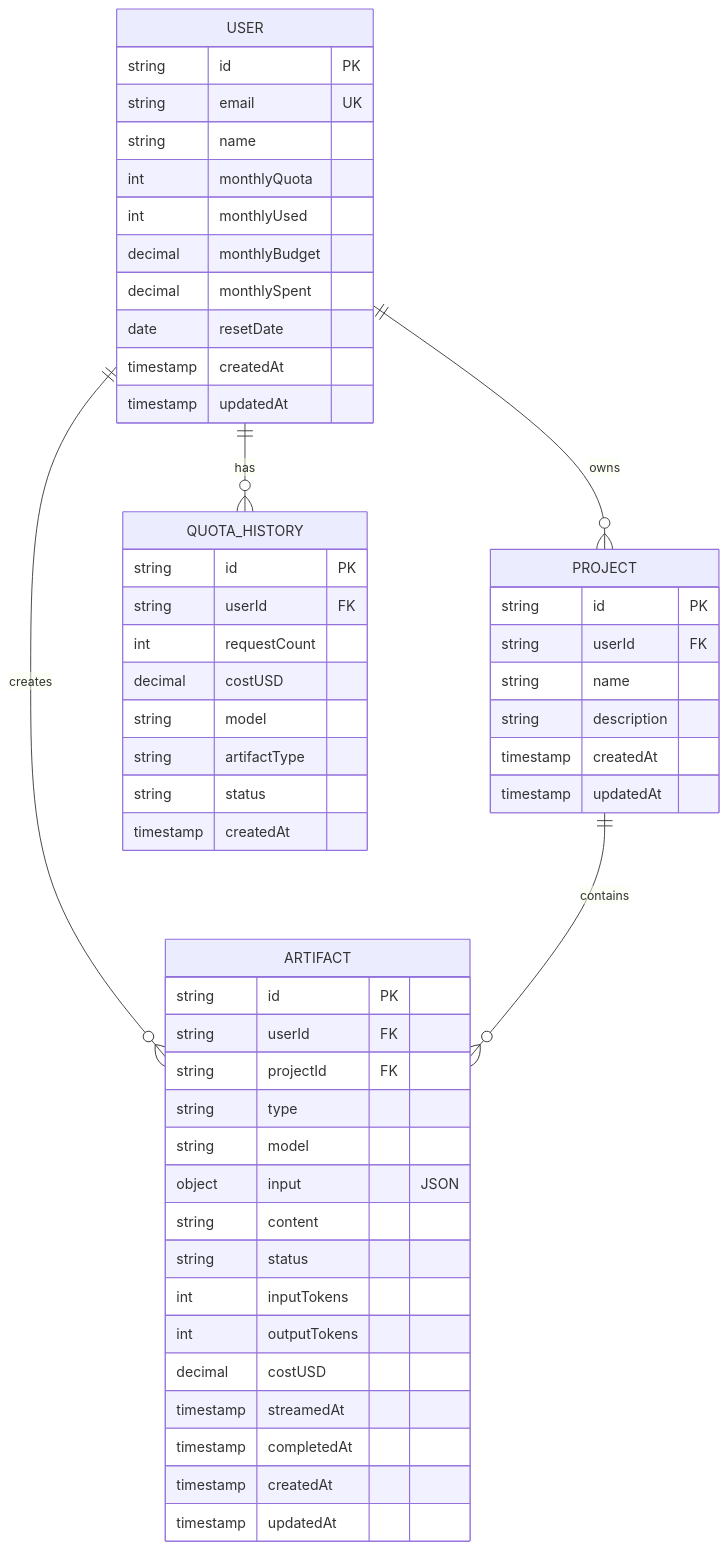
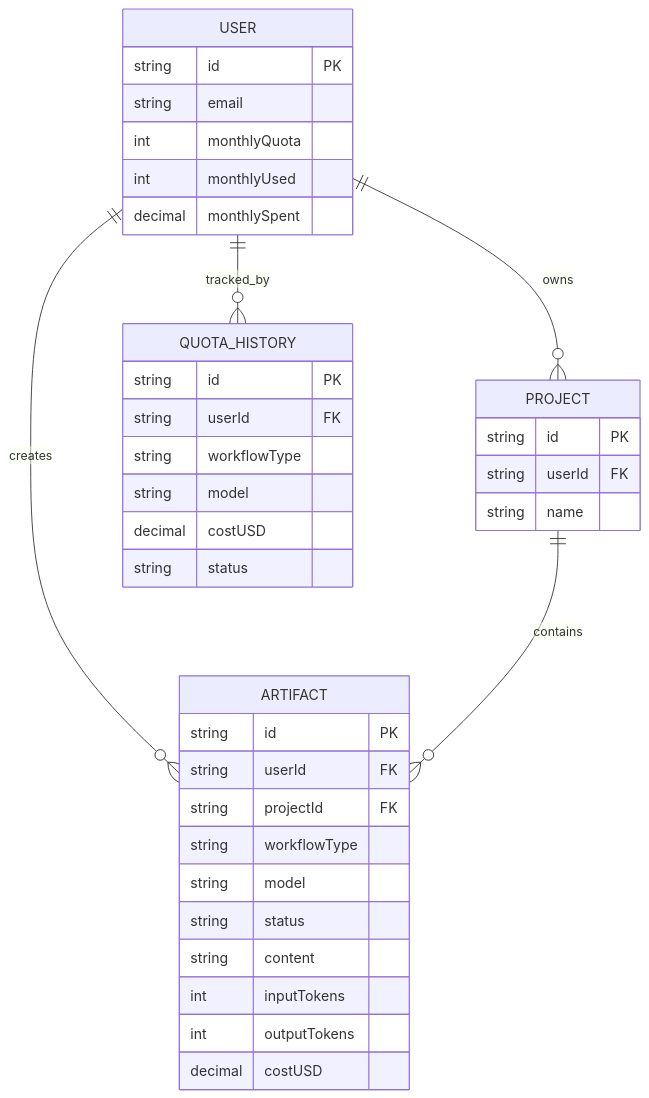
Before and after one commit to federicogerardi/gen-app: the eighth of 8 diagrams in docs/diagrams/architecture-diagrams.md, drawn with Mermaid. The commit also changed other lines of this file and 149 other files, not shown here.

````diff
--- a/docs/diagrams/architecture-diagrams.md
+++ b/docs/diagrams/architecture-diagrams.md
@@ -251,58 +241,43 @@
 ```mermaid
 erDiagram
     USER ||--o{ PROJECT : owns
     USER ||--o{ ARTIFACT : creates
-    USER ||--o{ QUOTA_HISTORY : has
     PROJECT ||--o{ ARTIFACT : contains
-    
+    USER ||--o{ QUOTA_HISTORY : tracked_by
+
     USER {
         string id PK
-        string email UK
-        string name
+        string email
         int monthlyQuota
         int monthlyUsed
-        decimal monthlyBudget
         decimal monthlySpent
-        date resetDate
-        timestamp createdAt
-        timestamp updatedAt
     }
-    
+
     PROJECT {
         string id PK
         string userId FK
         string name
-        string description
-        timestamp createdAt
-        timestamp updatedAt
     }
-    
+
     ARTIFACT {
         string id PK
         string userId FK
         string projectId FK
-        string type
+        string workflowType
         string model
-        object input "JSON"
+        string status
         string content
-        string status
         int inputTokens
         int outputTokens
         decimal costUSD
-        timestamp streamedAt
-        timestamp completedAt
-        timestamp createdAt
-        timestamp updatedAt
     }
-    
+
     QUOTA_HISTORY {
         string id PK
         string userId FK
-        int requestCount
+        string workflowType
+        string model
         decimal costUSD
-        string model
-        string artifactType
         string status
-        timestamp createdAt
     }
 ```
````
